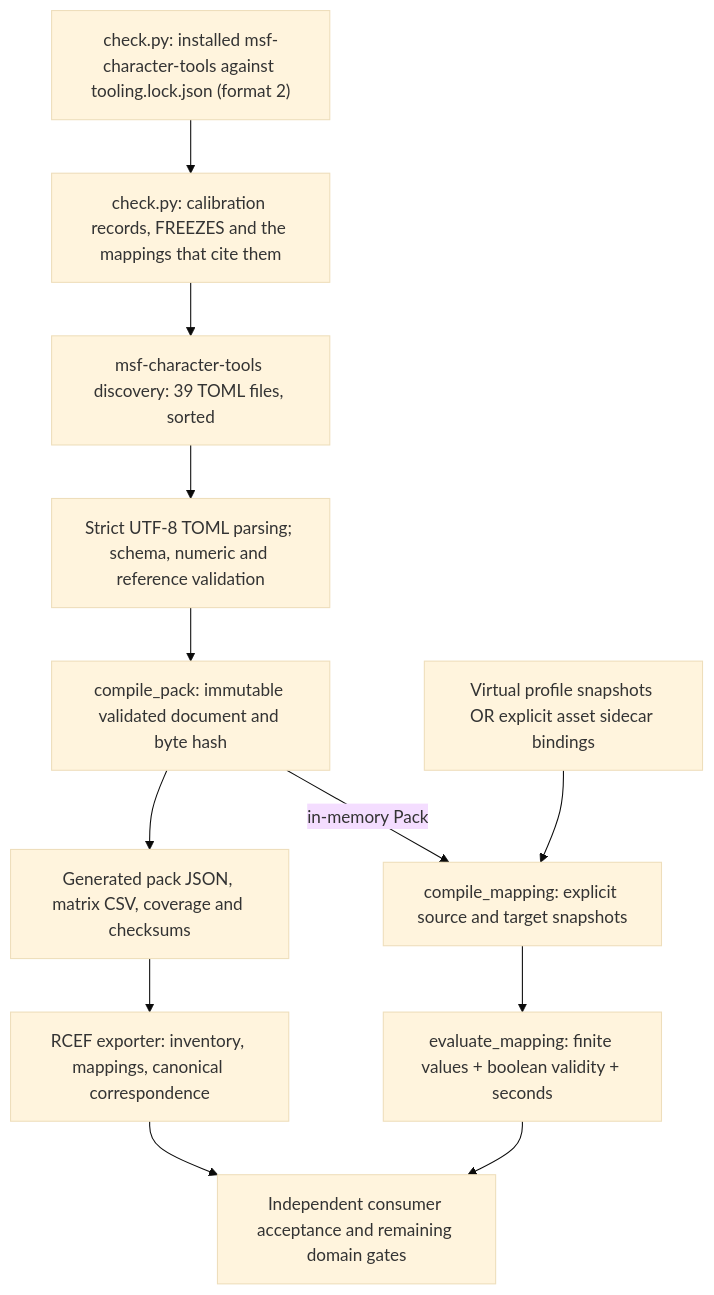
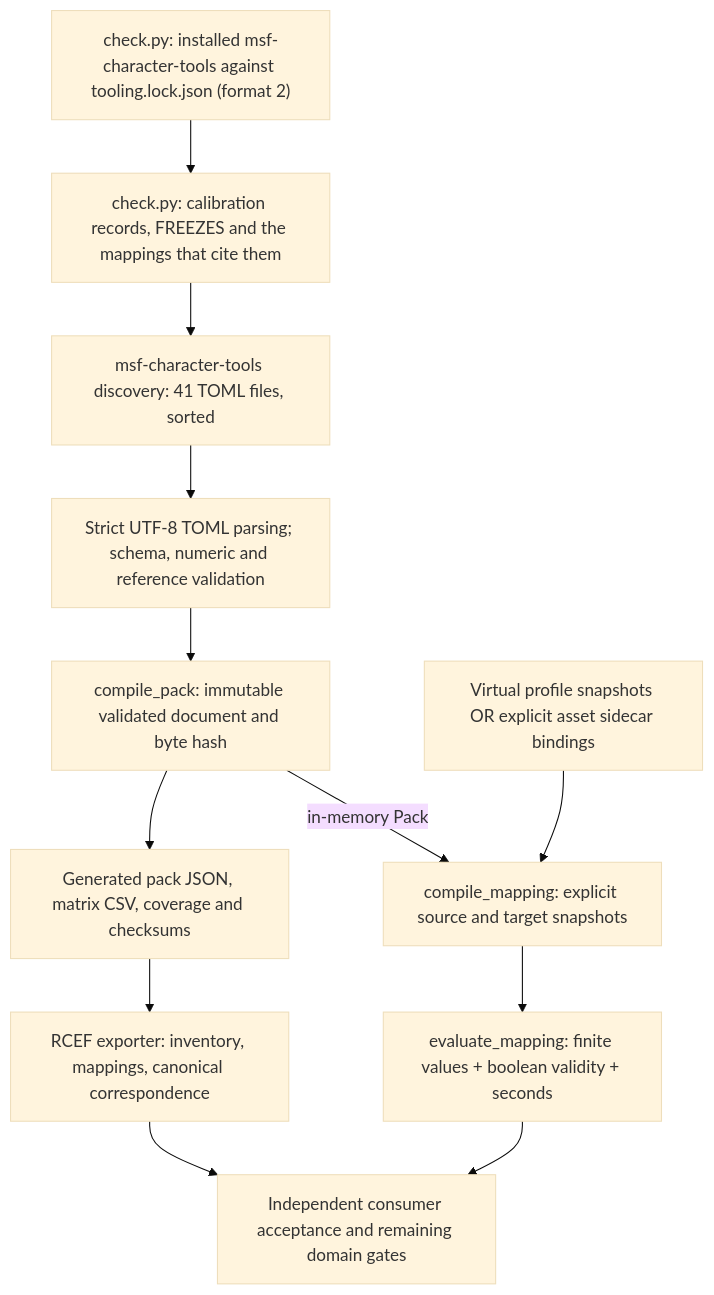
The first of 2 diagrams in docs/architecture.md (MetaverseStandards/RCEF), drawn with Mermaid (base theme) before and after one commit. The commit also changed other lines of this file and 6 other files, not shown here.

Commit message:
Docs: the canonical viseme set in AGENTS.md, the 0.5.0 changelog entry, the expression-sets guide and the architecture counts; render the PNG from the SVG

````diff
--- a/docs/architecture.md
+++ b/docs/architecture.md
@@ -30,14 +31,14 @@
 ```mermaid
 flowchart TD
     L["check.py: installed msf-character-tools against tooling.lock.json (format 2)"] --> K["check.py: calibration records, FREEZES and the mappings that cite them"]
-    K --> B["msf-character-tools discovery: 39 TOML files, sorted"]
+    K --> B["msf-character-tools discovery: 41 TOML files, sorted"]
     B --> C["Strict UTF-8 TOML parsing; schema, numeric and reference validation"]
     C --> D["compile_pack: immutable validated document and byte hash"]
     D --> E["Generated pack JSON, matrix CSV, coverage and checksums"]
     D -->|in-memory Pack| F["compile_mapping: explicit source and target snapshots"]
     P["Virtual profile snapshots OR explicit asset sidecar bindings"] --> F
     F --> G["evaluate_mapping: finite values + boolean validity + seconds"]
     E --> H["RCEF exporter: inventory, mappings, canonical correspondence"]
     G --> I["Independent consumer acceptance and remaining domain gates"]
     H --> I
 ```
````
